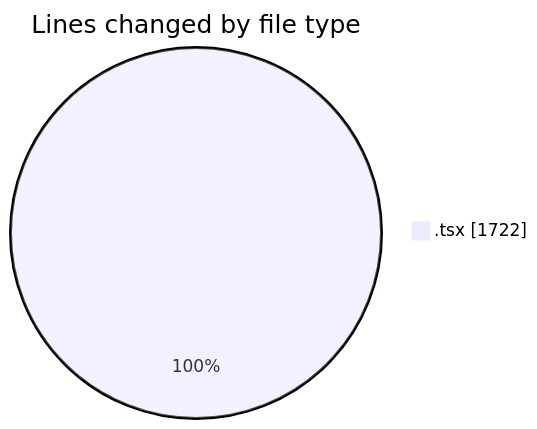
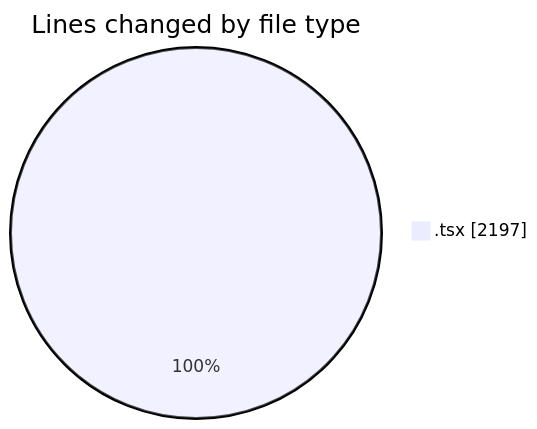
Before and after one commit to nxtqubesakshisongat/code-tracking: the first of 2 diagrams in 2026-07-13/nxtqube_webapp/README.md, drawn with Mermaid. The commit also changed other lines of this file and 1 other file, not shown here.

````diff
--- a/2026-07-13/nxtqube_webapp/README.md
+++ b/2026-07-13/nxtqube_webapp/README.md
@@ -28,5 +30,5 @@
 ```mermaid
 pie showData
 title Lines changed by file type
-".tsx" : 1722
+".tsx" : 2197
 ```
````
